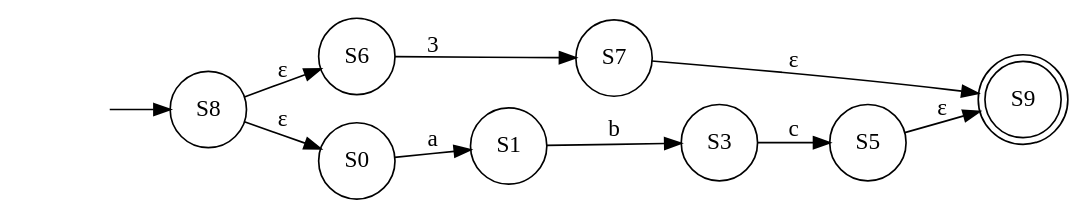
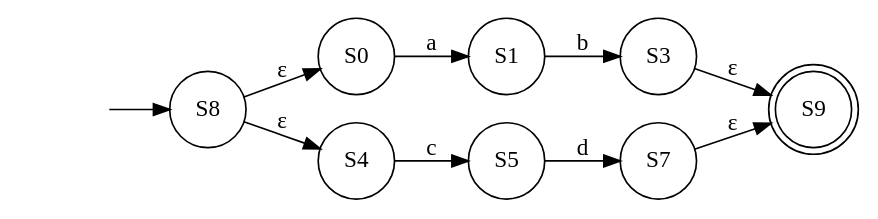
One commit to youssefhassan01/Compilers_Assignment changed the diagram in NFA Visualization.gv. Above: the diagram before and after it, drawn with Graphviz. The commit also changed 2 other files, not shown here.

```diff
--- a/NFA Visualization.gv
+++ b/NFA Visualization.gv
@@ -1,21 +1,21 @@
 digraph "NFA Visualization" {
 	graph [rankdir=LR]
 	"" [label="" shape=plaintext]
 	S9 [label=S9 shape=doublecircle]
-	S5 [label=S5 shape=circle]
-	S6 [label=S6 shape=circle]
+	S0 [label=S0 shape=circle]
 	S1 [label=S1 shape=circle]
 	S7 [label=S7 shape=circle]
+	S8 [label=S8 shape=circle]
+	S4 [label=S4 shape=circle]
 	S3 [label=S3 shape=circle]
-	S0 [label=S0 shape=circle]
-	S8 [label=S8 shape=circle]
+	S5 [label=S5 shape=circle]
 	"" -> S8 [label=""]
 	S0 -> S1 [label=a]
 	S1 -> S3 [label=b]
-	S3 -> S5 [label=c]
-	S5 -> S9 [label="ε"]
-	S6 -> S7 [label=3]
+	S3 -> S9 [label="ε"]
+	S4 -> S5 [label=c]
+	S5 -> S7 [label=d]
 	S7 -> S9 [label="ε"]
-	S8 -> S6 [label="ε"]
 	S8 -> S0 [label="ε"]
+	S8 -> S4 [label="ε"]
 }
```
